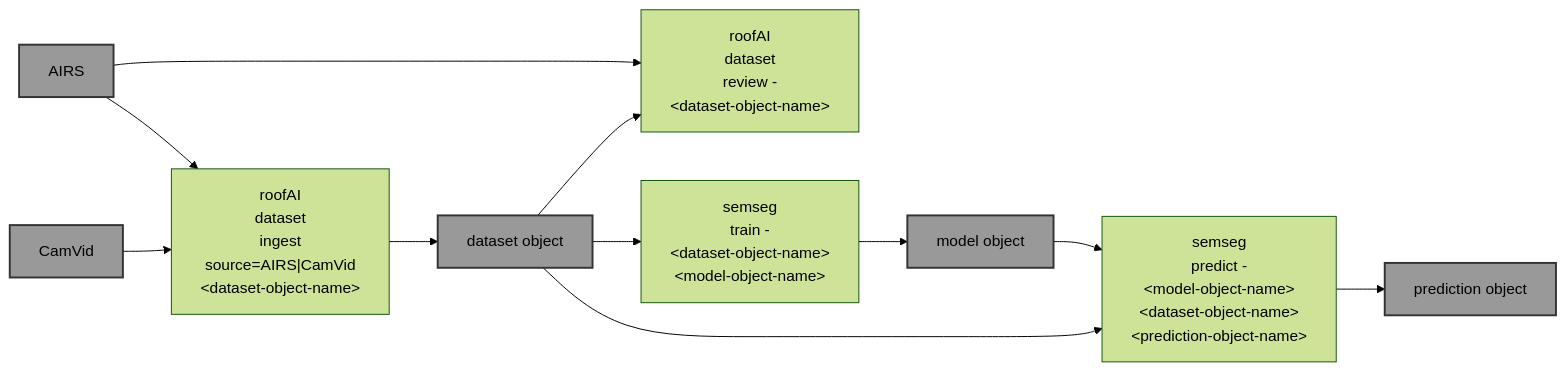
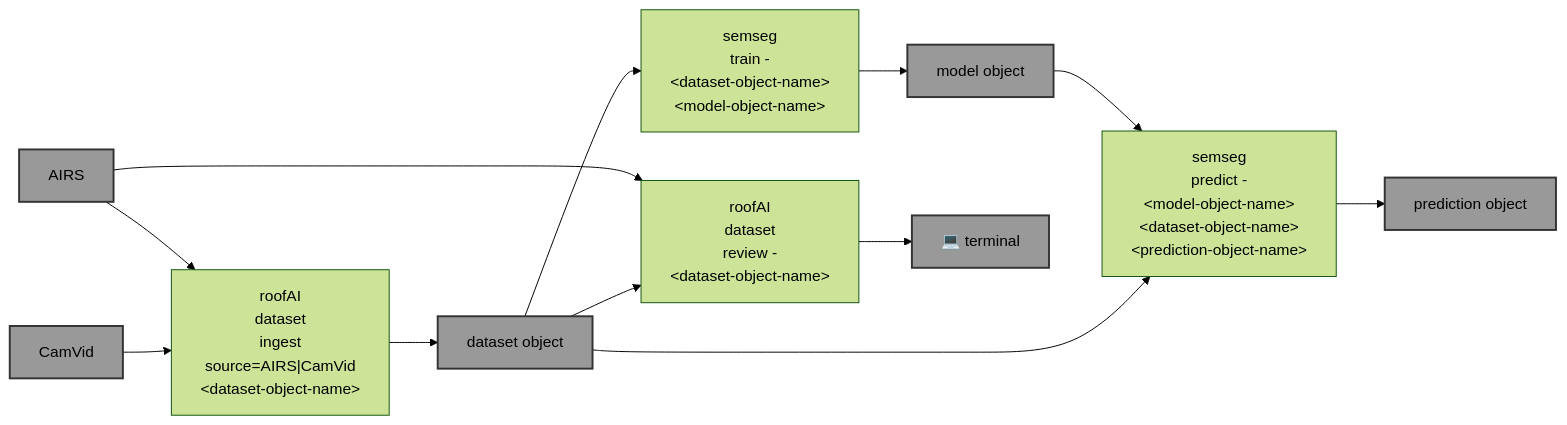
The diagram in README.md (kamangir/roofAI), drawn with Mermaid (forest theme) before and after one commit. The commit also changed other lines of this file and 2 other files, not shown here.

Commit message:
doc++ - kamangir/bolt#746

````diff
--- a/README.md
+++ b/README.md
@@ -9,32 +9,34 @@
 ```mermaid
 graph LR
     dataset_ingest["roofAI<br>dataset<br>ingest<br>source=AIRS|CamVid<br>&lt;dataset-object-name&gt;"]
 
     dataset_review["roofAI<br>dataset<br>review -<br>&lt;dataset-object-name&gt;"]
 
     semseg_train["semseg<br>train -<br>&lt;dataset-object-name&gt;<br>&lt;model-object-name&gt;"]
 
     semseg_predict["semseg<br>predict -<br>&lt;model-object-name&gt;<br>&lt;dataset-object-name&gt;<br>&lt;prediction-object-name&gt;"]
 
     AIRS["AIRS"]:::folder
     CamVid["CamVid"]:::folder
     dataset_object_name["dataset object"]:::folder
     model_object_name["model object"]:::folder
     prediction_object_name["prediction object"]:::folder
+    terminal["💻 terminal"]:::folder
 
     AIRS --> dataset_ingest
     CamVid --> dataset_ingest
     dataset_ingest --> dataset_object_name
 
     AIRS --> dataset_review
     dataset_object_name --> dataset_review
+    dataset_review --> terminal
 
     dataset_object_name --> semseg_train
     semseg_train --> model_object_name
 
     model_object_name --> semseg_predict
     dataset_object_name --> semseg_predict
     semseg_predict --> prediction_object_name
 
     classDef folder fill:#999,stroke:#333,stroke-width:2px;
 ```
````
